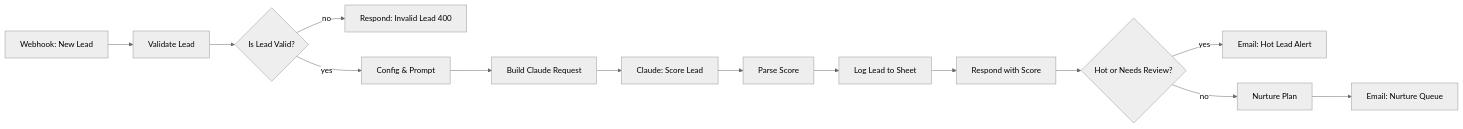
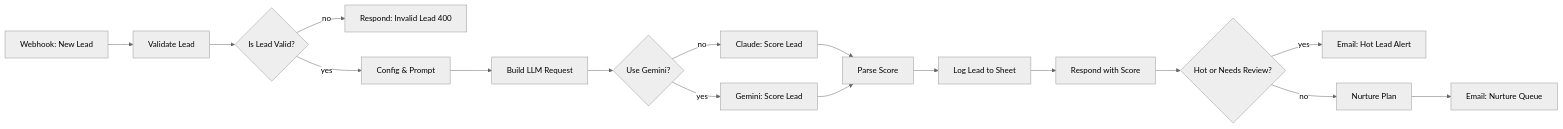
One commit to Nabil-Sehli/n8n-solar-callcenter-automations changed the first of 2 diagrams in README.md. Above: the diagram before and after it, drawn with Mermaid (neutral theme). The commit also changed other lines of this file and 10 other files, not shown here.

````diff
--- a/README.md
+++ b/README.md
@@ -24,9 +24,11 @@
 ```mermaid
 flowchart LR
   A[Webhook: New Lead] --> B[Validate Lead] --> C{Is Lead Valid?}
   C -- no --> X[Respond: Invalid Lead 400]
-  C -- yes --> D[Config & Prompt] --> E[Build Claude Request] --> F[Claude: Score Lead] --> G[Parse Score]
+  C -- yes --> D[Config & Prompt] --> E[Build LLM Request] --> U{Use Gemini?}
+  U -- no --> F[Claude: Score Lead] --> G[Parse Score]
+  U -- yes --> F2[Gemini: Score Lead] --> G
   G --> H[Log Lead to Sheet] --> I[Respond with Score] --> J{Hot or Needs Review?}
   J -- yes --> K[Email: Hot Lead Alert]
   J -- no --> L[Nurture Plan] --> M[Email: Nurture Queue]
 ```
````
